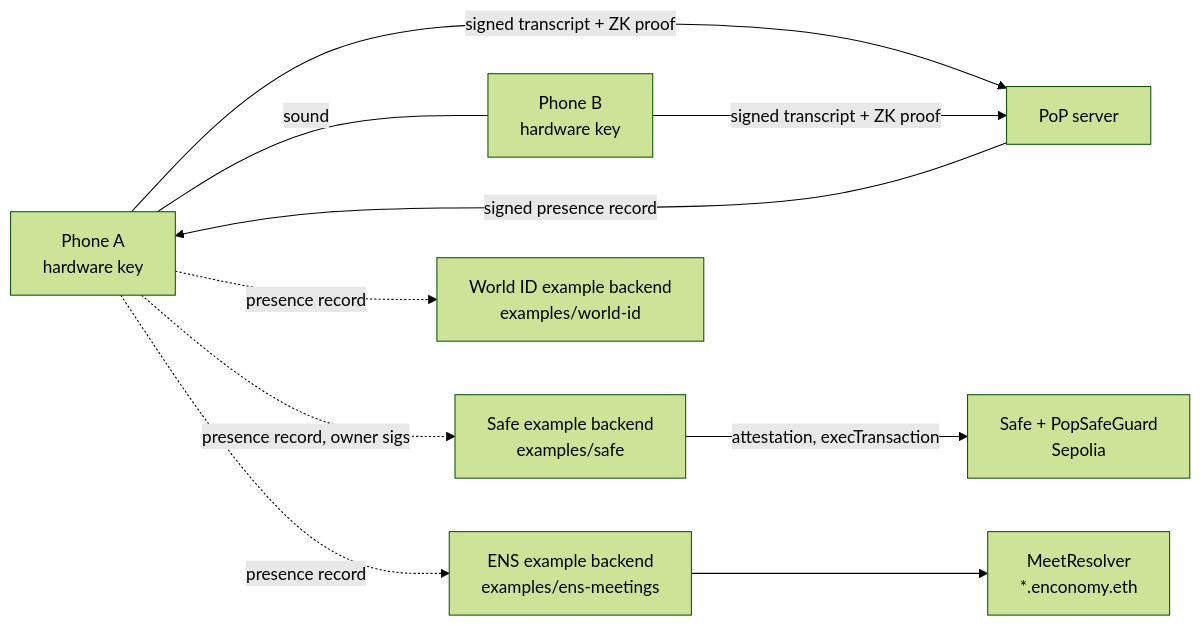
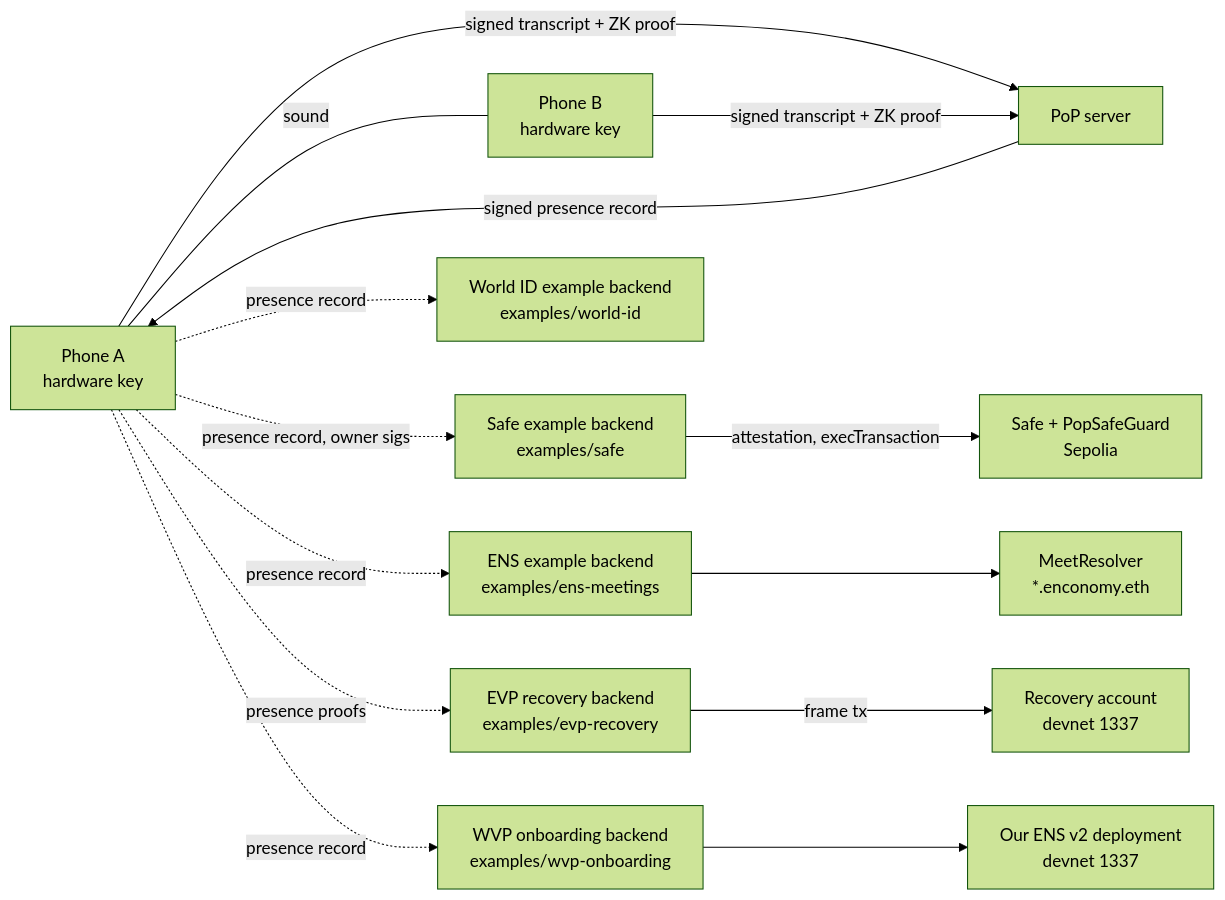
One commit to tawago/enconomy changed the first of 2 diagrams in README.md. Above: the diagram before and after it, drawn with Mermaid (forest theme). The commit also changed other lines of this file, not shown here.

Commit message:
readme: Mumbai update, EVP recovery, WVP, FV, before/after table, second demo video

````diff
--- a/README.md
+++ b/README.md
@@ -11,12 +23,16 @@
 ```mermaid
 flowchart LR
     A["Phone A<br/>hardware key"] -- "sound" --- B["Phone B<br/>hardware key"]
     A -- "signed transcript + ZK proof" --> S["PoP server"]
     B -- "signed transcript + ZK proof" --> S
     S -- "signed presence record" --> A
     A -. "presence record, owner sigs" .-> F["Safe example backend<br/>examples/safe"]
     F -- "attestation, execTransaction" --> G["Safe + PopSafeGuard<br/>Sepolia"]
     A -. "presence record" .-> E["ENS example backend<br/>examples/ens-meetings"]
     E --> M["MeetResolver<br/>*.enconomy.eth"]
     A -. "presence record" .-> W["World ID example backend<br/>examples/world-id"]
+    A -. "presence proofs" .-> R["EVP recovery backend<br/>examples/evp-recovery"]
+    R -- "frame tx" --> X["Recovery account<br/>devnet 1337"]
+    A -. "presence record" .-> O["WVP onboarding backend<br/>examples/wvp-onboarding"]
+    O --> Y["Our ENS v2 deployment<br/>devnet 1337"]
 ```
````
